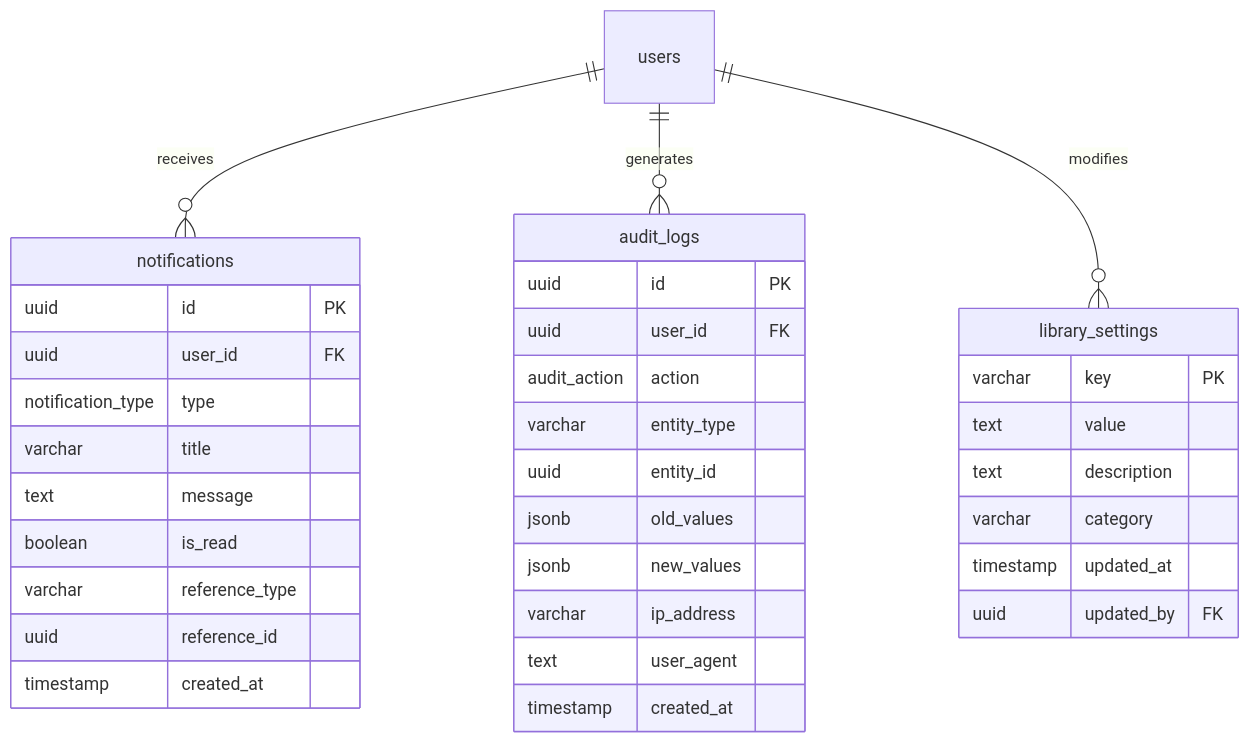
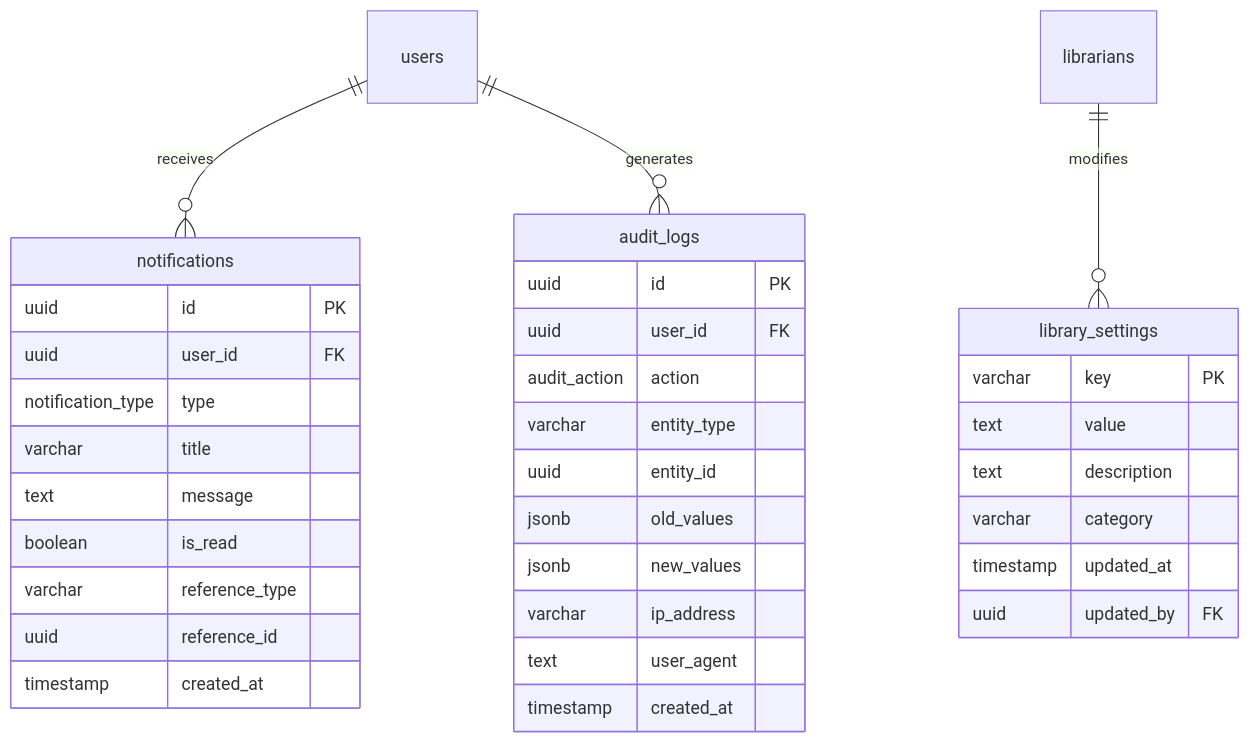
The sixth of 6 diagrams in DATABASE_SCHEMA.md (Skufu/HolyRedeemer), drawn with Mermaid before and after one commit. The commit also changed other lines of this file, not shown here.

Commit message:
fix: database schema remove duplciates

````diff
--- a/DATABASE_SCHEMA.md
+++ b/DATABASE_SCHEMA.md
@@ -269,40 +314,40 @@
 ```mermaid
 erDiagram
     library_settings {
         varchar key PK
         text value
         text description
         varchar category
         timestamp updated_at
         uuid updated_by FK
     }
     
     notifications {
         uuid id PK
         uuid user_id FK
         notification_type type
         varchar title
         text message
         boolean is_read
         varchar reference_type
         uuid reference_id
         timestamp created_at
     }
     
     audit_logs {
         uuid id PK
         uuid user_id FK
         audit_action action
         varchar entity_type
         uuid entity_id
         jsonb old_values
         jsonb new_values
         varchar ip_address
         text user_agent
         timestamp created_at
     }
     
     users ||--o{ notifications : "receives"
     users ||--o{ audit_logs : "generates"
-    users ||--o{ library_settings : "modifies"
+    librarians ||--o{ library_settings : "modifies"
 ```
````
